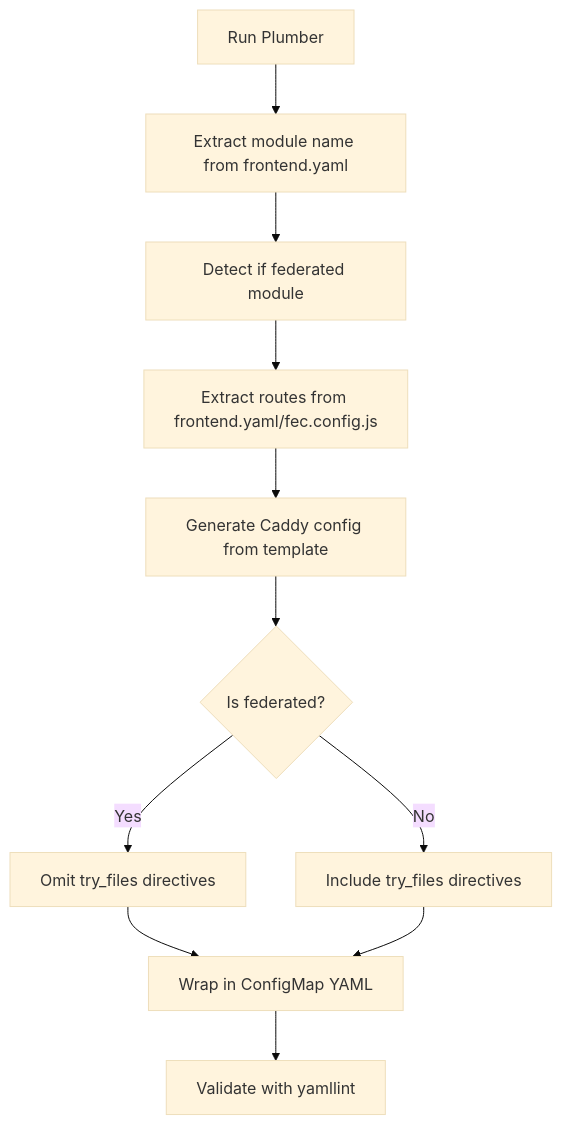
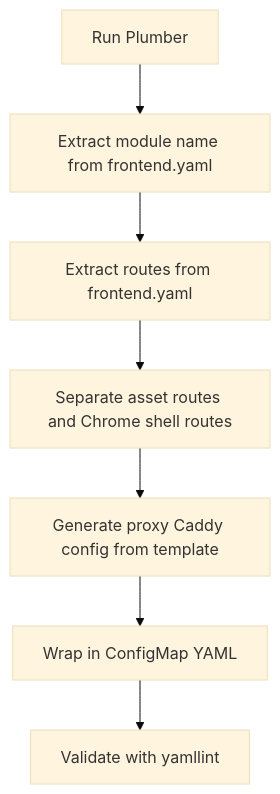
Before and after one commit to catastrophe-brandon/plumber: the diagram in CLAUDE.md, drawn with Mermaid (base theme). The commit also changed other lines of this file and 10 other files, not shown here.

Commit message:
fix: remove test app caddy config generation (#14)

````diff
--- a/CLAUDE.md
+++ b/CLAUDE.md
@@ -226,13 +216,9 @@
 ```mermaid
 graph TD
     A[Run Plumber] --> B[Extract module name from frontend.yaml]
-    B --> C[Detect if federated module]
-    C --> D[Extract routes from frontend.yaml/fec.config.js]
-    D --> E[Generate Caddy config from template]
-    E --> F{Is federated?}
-    F -->|Yes| G[Omit try_files directives]
-    F -->|No| H[Include try_files directives]
-    G --> I[Wrap in ConfigMap YAML]
-    H --> I
-    I --> J[Validate with yamllint]
+    B --> C[Extract routes from frontend.yaml]
+    C --> D[Separate asset routes and Chrome shell routes]
+    D --> E[Generate proxy Caddy config from template]
+    E --> F[Wrap in ConfigMap YAML]
+    F --> G[Validate with yamllint]
 ```
````
